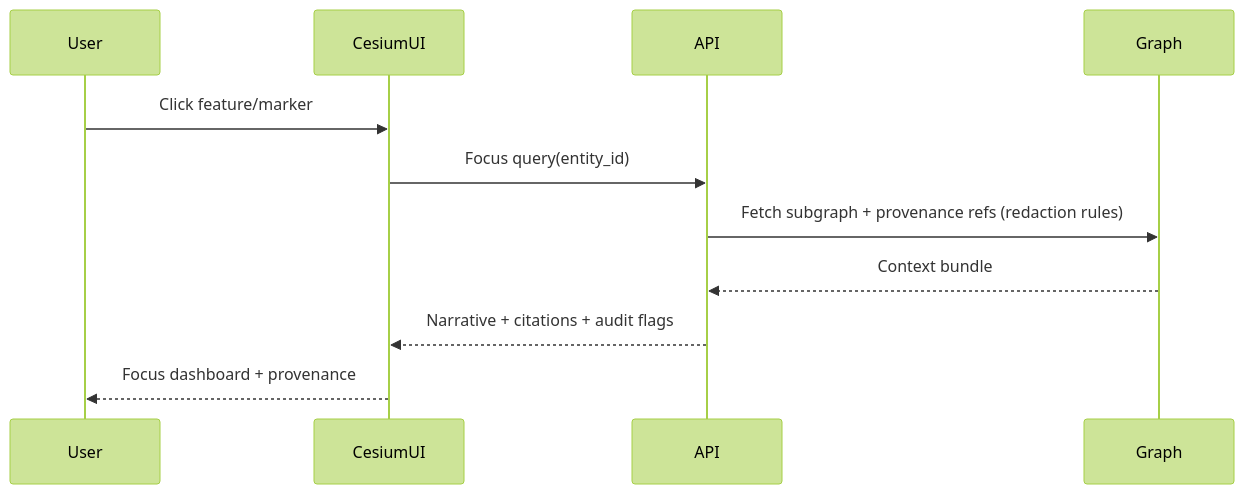
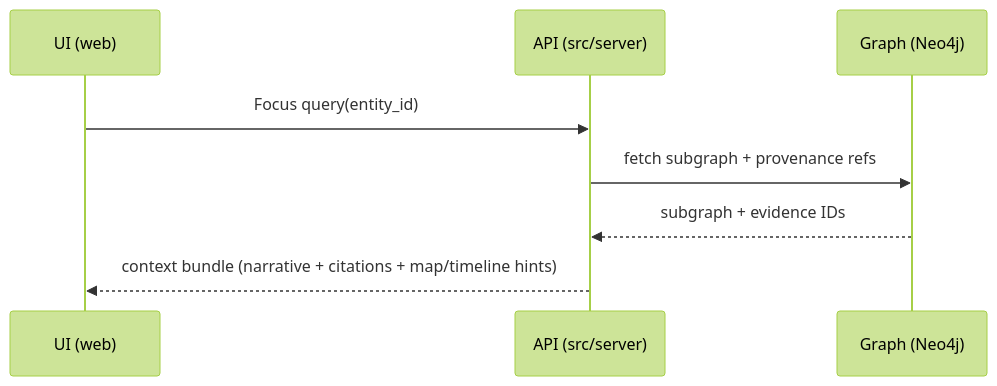
One commit to bartytime4life/Kansas-Frontier-Matrix changed the second of 2 diagrams in web/cesium/README.md. Above: the diagram before and after it, drawn with Mermaid (forest theme). The commit also changed other lines of this file, not shown here.

First line of the commit message:
Revise Cesium subsystem README content and metadata

```diff
--- a/web/cesium/README.md
+++ b/web/cesium/README.md
@@ -148,13 +165,10 @@
 ~~~mermaid
 sequenceDiagram
-  participant User
-  participant CesiumUI
-  participant API
-  participant Graph
-  User->>CesiumUI: Click feature/marker
-  CesiumUI->>API: Focus query(entity_id)
-  API->>Graph: Fetch subgraph + provenance refs (redaction rules)
-  Graph-->>API: Context bundle
-  API-->>CesiumUI: Narrative + citations + audit flags
-  CesiumUI-->>User: Focus dashboard + provenance
+  participant UI as UI (web)
+  participant API as API (src/server)
+  participant Graph as Graph (Neo4j)
+  UI->>API: Focus query(entity_id)
+  API->>Graph: fetch subgraph + provenance refs
+  Graph-->>API: subgraph + evidence IDs
+  API-->>UI: context bundle (narrative + citations + map/timeline hints)
 ~~~
```
